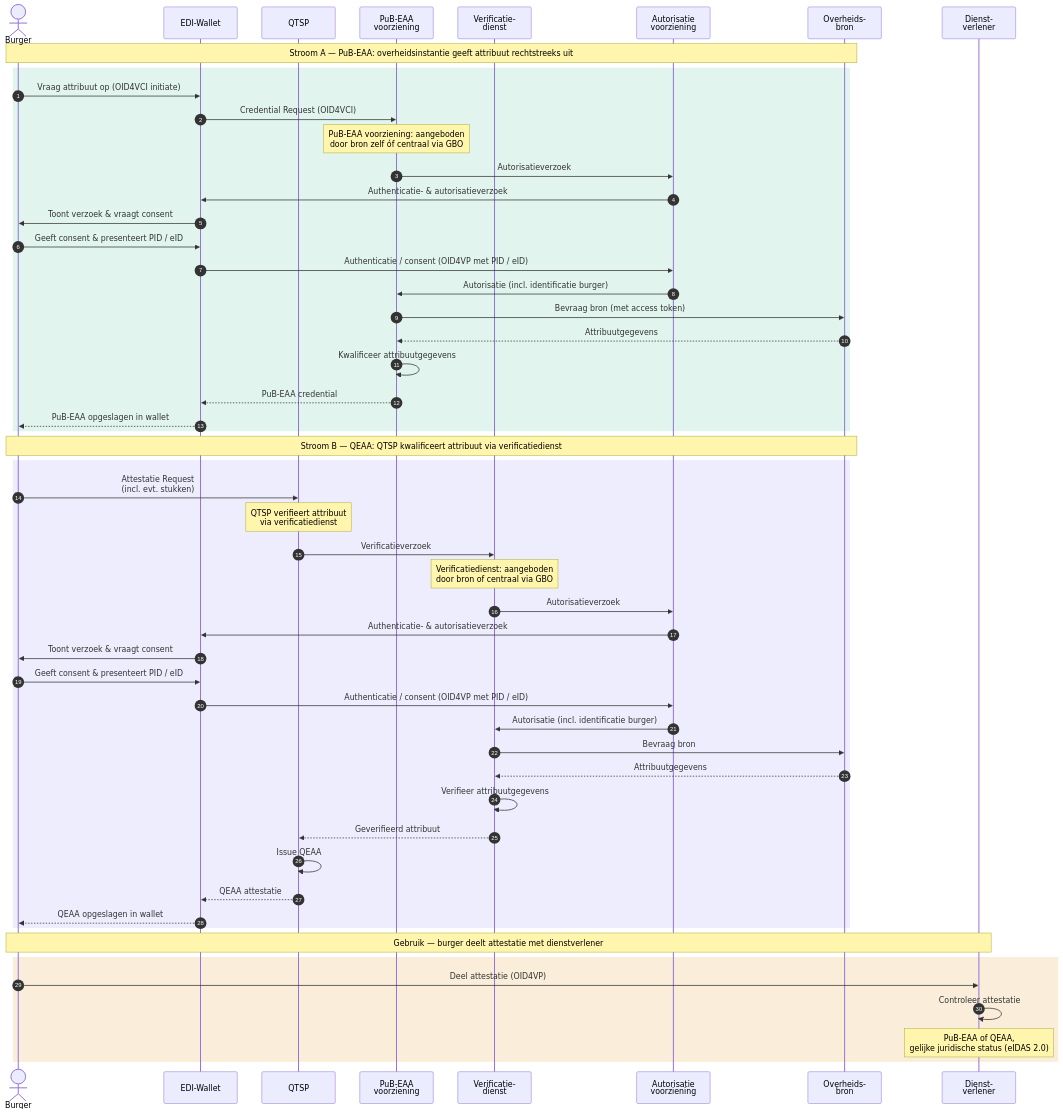
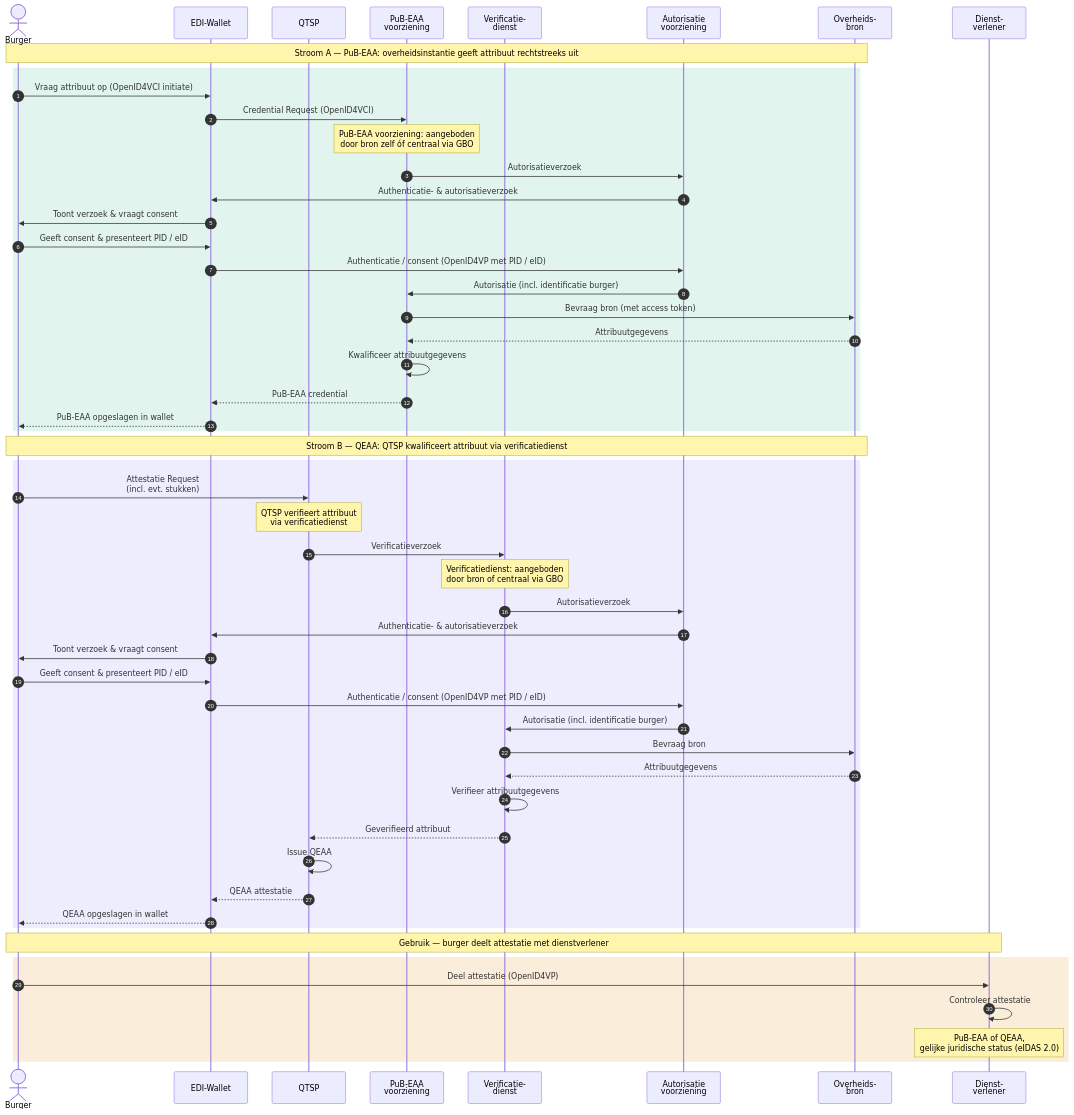
One commit to ICTU/GBO-GO changed the diagram in pr-preview/pr-6/diagrammen/interactiepatroon-EDI-Wallet.mmd. Above: the diagram before and after it, drawn with Mermaid. The commit also changed 3 other files, not shown here.

````diff
--- a/pr-preview/pr-6/diagrammen/interactiepatroon-EDI-Wallet.mmd
+++ b/pr-preview/pr-6/diagrammen/interactiepatroon-EDI-Wallet.mmd
@@ -1,63 +1,63 @@
 ``` mermaid
 
 sequenceDiagram
     autonumber
     actor Burger
     participant Wallet as EDI-Wallet
     participant QTSP as QTSP
     participant PubEAA as PuB-EAA<br/>voorziening
     participant VerifDienst as Verificatie-<br/>dienst
     participant Auth as Autorisatie<br/>voorziening
     participant Bron as Overheids-<br/>bron
     participant DV as Dienst-<br/>verlener
 
     Note over Burger,Bron: Stroom A — PuB-EAA: overheidsinstantie geeft attribuut rechtstreeks uit
 
     rect rgb(225, 245, 238)
-        Burger->>Wallet: Vraag attribuut op (OID4VCI initiate)
-        Wallet->>PubEAA: Credential Request (OID4VCI)
+        Burger->>Wallet: Vraag attribuut op (OpenID4VCI initiate)
+        Wallet->>PubEAA: Credential Request (OpenID4VCI)
         Note over PubEAA: PuB-EAA voorziening: aangeboden<br/>door bron zelf óf centraal via GBO
         PubEAA->>Auth: Autorisatieverzoek
         Auth->>Wallet: Authenticatie- & autorisatieverzoek
         Wallet->>Burger: Toont verzoek & vraagt consent
         Burger->>Wallet: Geeft consent & presenteert PID / eID
-        Wallet->>Auth: Authenticatie / consent (OID4VP met PID / eID)
+        Wallet->>Auth: Authenticatie / consent (OpenID4VP met PID / eID)
         Auth->>PubEAA: Autorisatie (incl. identificatie burger)
         PubEAA->>Bron: Bevraag bron (met access token)
         Bron-->>PubEAA: Attribuutgegevens
         PubEAA->>PubEAA: Kwalificeer attribuutgegevens
         PubEAA-->>Wallet: PuB-EAA credential
         Wallet-->>Burger: PuB-EAA opgeslagen in wallet
     end
 
     Note over Burger,Bron: Stroom B — QEAA: QTSP kwalificeert attribuut via verificatiedienst
 
     rect rgb(238, 237, 254)
         Burger->>QTSP: Attestatie Request<br />(incl. evt. stukken)
         Note over QTSP: QTSP verifieert attribuut<br/>via verificatiedienst
         QTSP->>VerifDienst: Verificatieverzoek
         Note over VerifDienst: Verificatiedienst: aangeboden<br/>door bron of centraal via GBO
         VerifDienst->>Auth: Autorisatieverzoek
         Auth->>Wallet: Authenticatie- & autorisatieverzoek
         Wallet->>Burger: Toont verzoek & vraagt consent
         Burger->>Wallet: Geeft consent & presenteert PID / eID
-        Wallet->>Auth: Authenticatie / consent (OID4VP met PID / eID)
+        Wallet->>Auth: Authenticatie / consent (OpenID4VP met PID / eID)
         Auth->>VerifDienst: Autorisatie (incl. identificatie burger)
         VerifDienst->>Bron: Bevraag bron
         Bron-->>VerifDienst: Attribuutgegevens
         VerifDienst->>VerifDienst: Verifieer attribuutgegevens
         VerifDienst-->>QTSP: Geverifieerd attribuut
         QTSP->>QTSP: Issue QEAA
         QTSP-->>Wallet: QEAA attestatie
         Wallet-->>Burger: QEAA opgeslagen in wallet
     end
 
     Note over Burger,DV: Gebruik — burger deelt attestatie met dienstverlener
 
     rect rgb(250, 238, 218)
-        Burger->>DV: Deel attestatie (OID4VP)
+        Burger->>DV: Deel attestatie (OpenID4VP)
         DV->>DV: Controleer attestatie
         Note over DV: PuB-EAA of QEAA,<br/>gelijke juridische status (eIDAS 2.0)
     end
 
 ```
````
